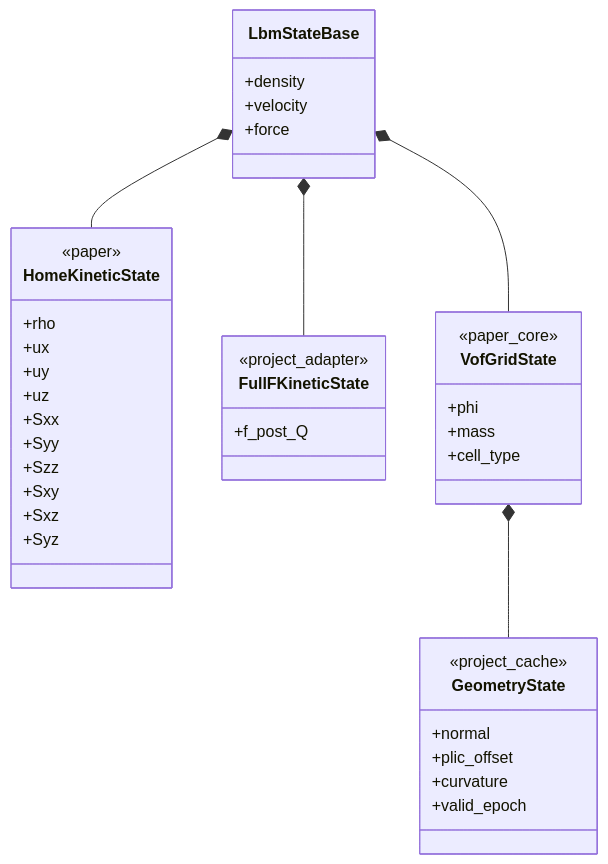
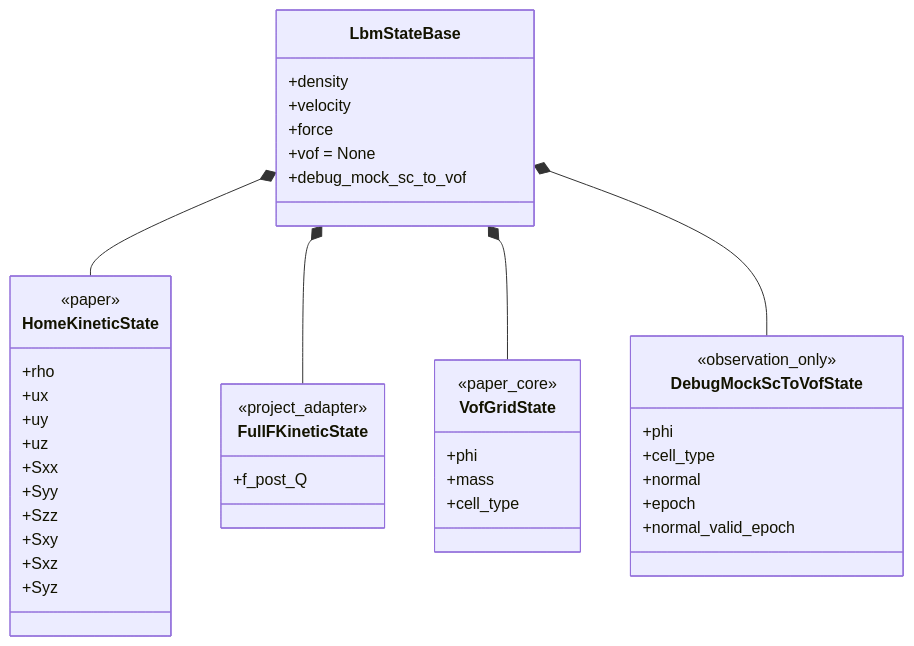
The second of 3 diagrams in docs/wanphys/lbm/VOF/03-data-model-and-uml.md (Cavibot/LBM-Fluid-Structure-Interaction), drawn with Mermaid before and after one commit. The commit also changed other lines of this file and 32 other files, not shown here.

Commit message:
refactor(lbm): separate interface physics from VOF observation

````diff
--- a/docs/wanphys/lbm/VOF/03-data-model-and-uml.md
+++ b/docs/wanphys/lbm/VOF/03-data-model-and-uml.md
@@ -138,47 +141,50 @@
 ```mermaid
 classDiagram
     class LbmStateBase {
         +density
         +velocity
         +force
+        +vof = None
+        +debug_mock_sc_to_vof
     }
 
     class HomeKineticState {
         <<paper>>
         +rho
         +ux
         +uy
         +uz
         +Sxx
         +Syy
         +Szz
         +Sxy
         +Sxz
         +Syz
     }
 
     class FullFKineticState {
         <<project_adapter>>
         +f_post_Q
     }
 
     class VofGridState {
         <<paper_core>>
         +phi
         +mass
         +cell_type
     }
 
-    class GeometryState {
-        <<project_cache>>
+    class DebugMockScToVofState {
+        <<observation_only>>
+        +phi
+        +cell_type
         +normal
-        +plic_offset
-        +curvature
-        +valid_epoch
+        +epoch
+        +normal_valid_epoch
     }
 
     LbmStateBase *-- HomeKineticState
     LbmStateBase *-- FullFKineticState
     LbmStateBase *-- VofGridState
-    VofGridState *-- GeometryState
+    LbmStateBase *-- DebugMockScToVofState
 ```
````
